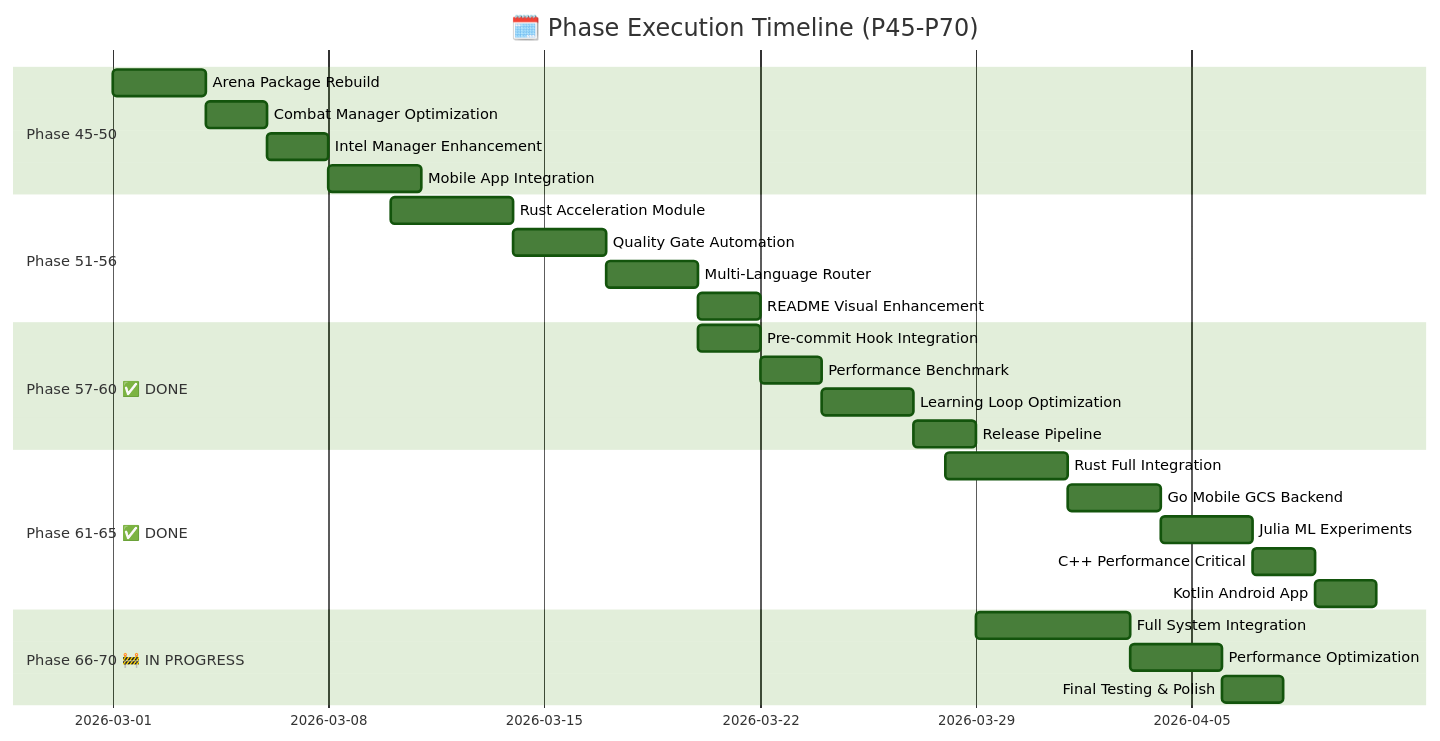
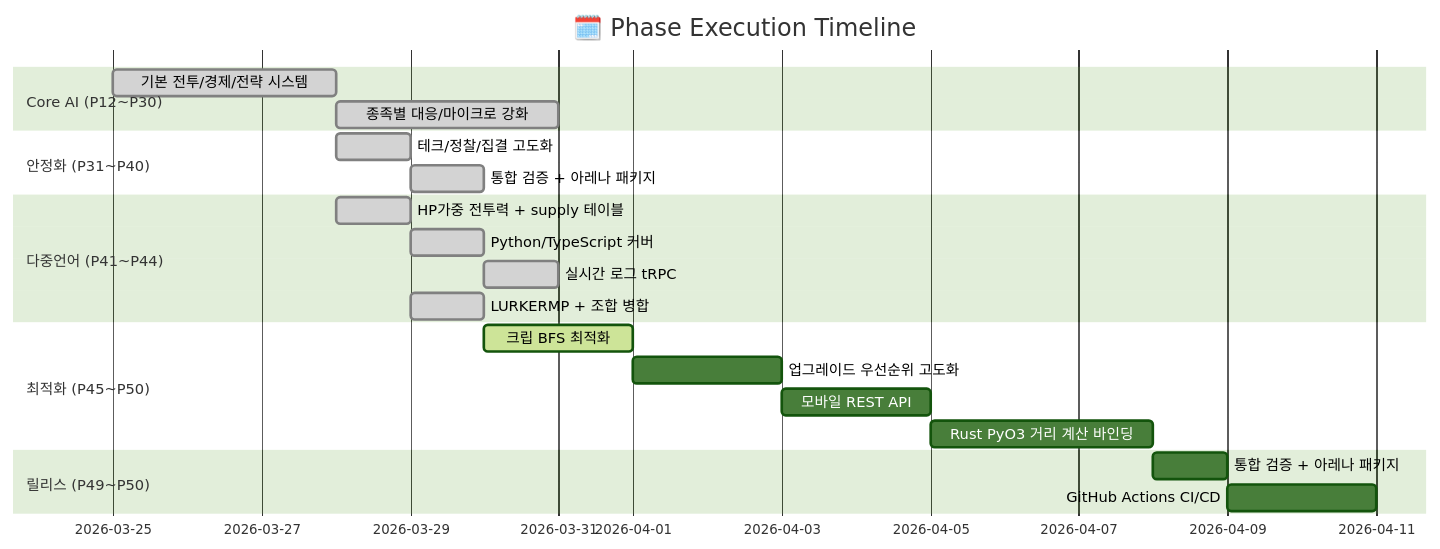
One commit to sun475300-sudo/Swarm-control-in-sc2bot changed the sixth of 29 diagrams in README.md. Above: the diagram before and after it, drawn with Mermaid (forest theme). The commit also changed other lines of this file, not shown here.

First line of the commit message:
docs: README 완전 재편집 — 시각화 극대화 + Phase 44 하이라이트

````diff
--- a/README.md
+++ b/README.md
@@ -241,30 +350,24 @@
 ```mermaid
 gantt
-    title 🗓️ Phase Execution Timeline (P45-P70)
+    title 🗓️ Phase Execution Timeline
     dateFormat  YYYY-MM-DD
-    section Phase 45-50
-    Arena Package Rebuild          :a1, 2026-03-01, 3d
-    Combat Manager Optimization    :a2, after a1, 2d
-    Intel Manager Enhancement      :a3, after a2, 2d
-    Mobile App Integration         :a4, after a3, 3d
-    section Phase 51-56
-    Rust Acceleration Module       :b1, 2026-03-10, 4d
-    Quality Gate Automation        :b2, after b1, 3d
-    Multi-Language Router          :b3, after b2, 3d
-    README Visual Enhancement       :b4, after b3, 2d
-    section Phase 57-60 ✅ DONE
-    Pre-commit Hook Integration    :c1, 2026-03-20, 2d
-    Performance Benchmark          :c2, after c1, 2d
-    Learning Loop Optimization     :c3, after c2, 3d
-    Release Pipeline               :c4, after c3, 2d
-    section Phase 61-65 ✅ DONE
-    Rust Full Integration          :d1, 2026-03-28, 4d
-    Go Mobile GCS Backend          :d2, after d1, 3d
-    Julia ML Experiments           :d3, after d2, 3d
-    C++ Performance Critical       :d4, after d3, 2d
-    Kotlin Android App            :d5, after d4, 2d
-    section Phase 66-70 🚧 IN PROGRESS
-    Full System Integration        :e1, 2026-03-29, 5d
-    Performance Optimization       :e2, after e1, 3d
-    Final Testing & Polish        :e3, after e2, 2d
+    section Core AI (P12~P30)
+    기본 전투/경제/전략 시스템   :done, a1, 2026-03-25, 3d
+    종족별 대응/마이크로 강화    :done, a2, after a1, 3d
+    section 안정화 (P31~P40)
+    테크/정찰/집결 고도화        :done, b1, 2026-03-28, 1d
+    통합 검증 + 아레나 패키지    :done, b2, after b1, 1d
+    section 다중언어 (P41~P44)
+    HP가중 전투력 + supply 테이블 :done, c1, 2026-03-28, 1d
+    Python/TypeScript 커버       :done, c2, after c1, 1d
+    실시간 로그 tRPC             :done, c3, after c2, 1d
+    LURKERMP + 조합 병합         :done, c4, 2026-03-29, 1d
+    section 최적화 (P45~P50)
+    크립 BFS 최적화              :active, d1, 2026-03-30, 2d
+    업그레이드 우선순위 고도화   :d2, after d1, 2d
+    모바일 REST API              :d3, after d2, 2d
+    Rust PyO3 거리 계산 바인딩   :d4, after d3, 3d
+    section 릴리스 (P49~P50)
+    통합 검증 + 아레나 패키지    :d5, after d4, 1d
+    GitHub Actions CI/CD         :d6, after d5, 2d
 ```
````
